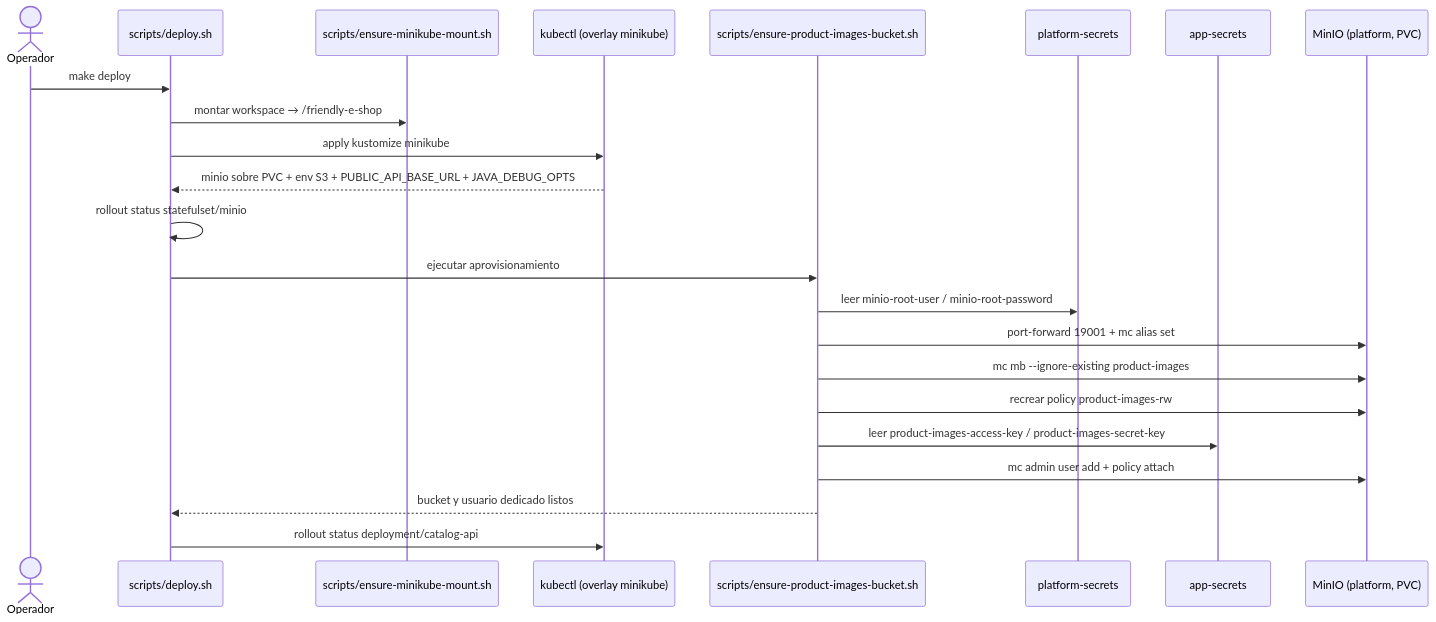
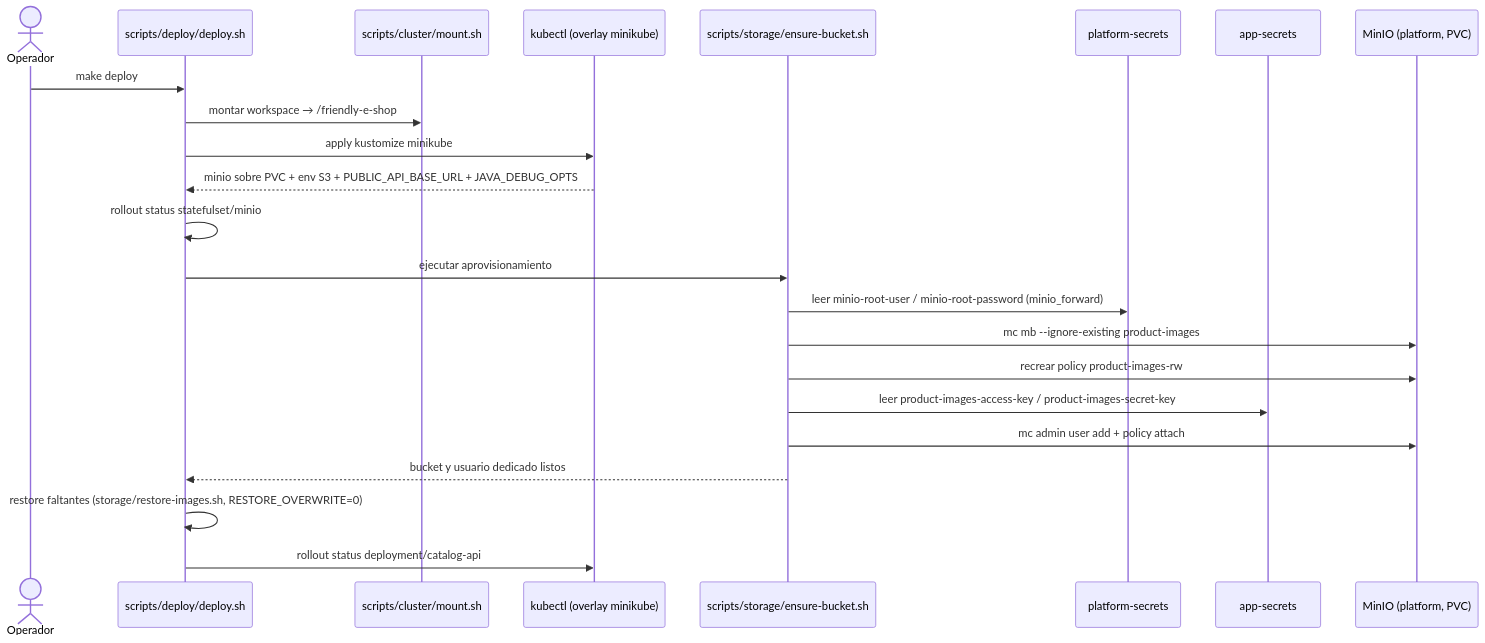
The second of 8 diagrams in specs/002-product-image-storage/uml.md (Dariosoft/fes-infra), drawn with Mermaid before and after one commit. The commit also changed other lines of this file and 3 other files, not shown here.

Commit message:
Reorganize scripts and Minikube patches; document conventions

````diff
--- a/specs/002-product-image-storage/uml.md
+++ b/specs/002-product-image-storage/uml.md
@@ -9,26 +46,26 @@
 ```mermaid
 sequenceDiagram
   actor OP as Operador
-  participant D as scripts/deploy.sh
-  participant M as scripts/ensure-minikube-mount.sh
+  participant D as scripts/deploy/deploy.sh
+  participant M as scripts/cluster/mount.sh
   participant K as kubectl (overlay minikube)
-  participant S as scripts/ensure-product-images-bucket.sh
+  participant S as scripts/storage/ensure-bucket.sh
   participant PS as platform-secrets
   participant AS as app-secrets
   participant MO as MinIO (platform, PVC)
 
   OP->>D: make deploy
   D->>M: montar workspace → /friendly-e-shop
   D->>K: apply kustomize minikube
   K-->>D: minio sobre PVC + env S3 + PUBLIC_API_BASE_URL + JAVA_DEBUG_OPTS
   D->>D: rollout status statefulset/minio
   D->>S: ejecutar aprovisionamiento
-  S->>PS: leer minio-root-user / minio-root-password
-  S->>MO: port-forward 19001 + mc alias set
+  S->>PS: leer minio-root-user / minio-root-password (minio_forward)
   S->>MO: mc mb --ignore-existing product-images
   S->>MO: recrear policy product-images-rw
   S->>AS: leer product-images-access-key / product-images-secret-key
   S->>MO: mc admin user add + policy attach
   S-->>D: bucket y usuario dedicado listos
+  D->>D: restore faltantes (storage/restore-images.sh, RESTORE_OVERWRITE=0)
   D->>K: rollout status deployment/catalog-api
 ```
````
